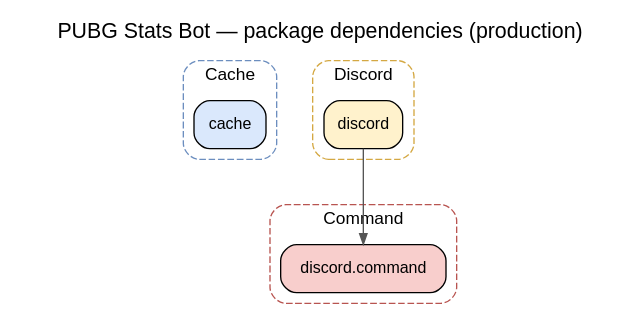
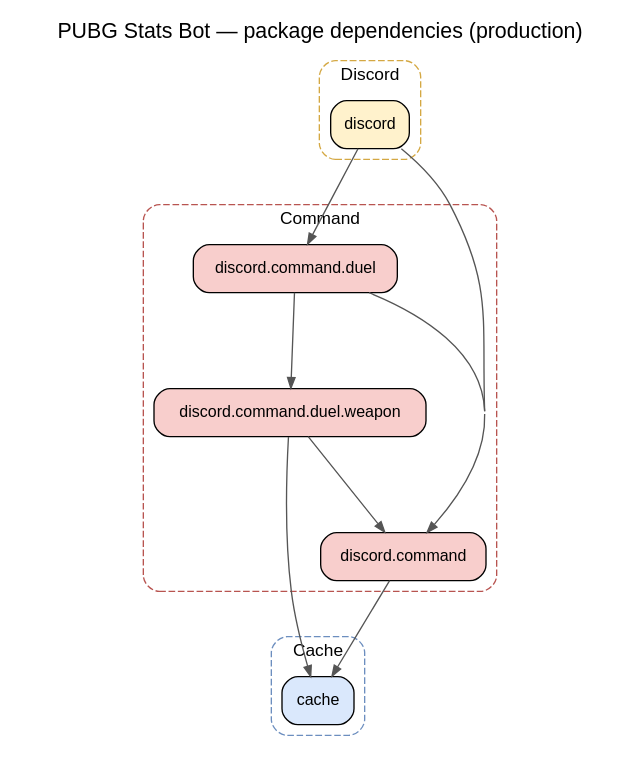
One commit to theodorosidmar/pubg-stats-bot changed the diagram in scripts/packages/packages-production.dot. Above: the diagram before and after it, drawn with Graphviz. The commit also changed 28 other files, not shown here.

Commit message:
feat: Creates duel gun command

```diff
--- a/scripts/packages/packages-production.dot
+++ b/scripts/packages/packages-production.dot
@@ -1,47 +1,55 @@
 digraph PackageDependencies {
   rankdir=TB;
   layout=dot;
   ranksep=1.0;
   nodesep=0.6;
   splines=true;
   concentrate=true;
   newrank=true;
   label="PUBG Stats Bot — package dependencies (production)";
   labelloc=t;
   fontsize=16;
   fontname="Helvetica";
   node [shape=box, style="rounded,filled", fontname="Helvetica", fontsize=12];
   edge [color="#555555", arrowsize=0.8];
 
   subgraph "cluster_cache" {
     label="Cache";
     style="rounded,dashed";
     color="#6C8EBF";
     fontname="Helvetica";
     fontsize=13;
 
     "dev.pubgstats.bot.cache" [label="cache", fillcolor="#DAE8FC"];
   }
 
   subgraph "cluster_command" {
     label="Command";
     style="rounded,dashed";
     color="#B85450";
     fontname="Helvetica";
     fontsize=13;
 
     "dev.pubgstats.bot.discord.command" [label="discord.command", fillcolor="#F8CECC"];
+    "dev.pubgstats.bot.discord.command.duel" [label="discord.command.duel", fillcolor="#F8CECC"];
+    "dev.pubgstats.bot.discord.command.duel.weapon" [label="discord.command.duel.weapon", fillcolor="#F8CECC"];
   }
 
   subgraph "cluster_discord" {
     label="Discord";
     style="rounded,dashed";
     color="#D4A843";
     fontname="Helvetica";
     fontsize=13;
 
     "dev.pubgstats.bot.discord" [label="discord", fillcolor="#FFF2CC"];
   }
 
   "dev.pubgstats.bot.discord" -> "dev.pubgstats.bot.discord.command";
+  "dev.pubgstats.bot.discord" -> "dev.pubgstats.bot.discord.command.duel";
+  "dev.pubgstats.bot.discord.command" -> "dev.pubgstats.bot.cache";
+  "dev.pubgstats.bot.discord.command.duel" -> "dev.pubgstats.bot.discord.command";
+  "dev.pubgstats.bot.discord.command.duel" -> "dev.pubgstats.bot.discord.command.duel.weapon";
+  "dev.pubgstats.bot.discord.command.duel.weapon" -> "dev.pubgstats.bot.discord.command";
+  "dev.pubgstats.bot.discord.command.duel.weapon" -> "dev.pubgstats.bot.cache";
 }
```
